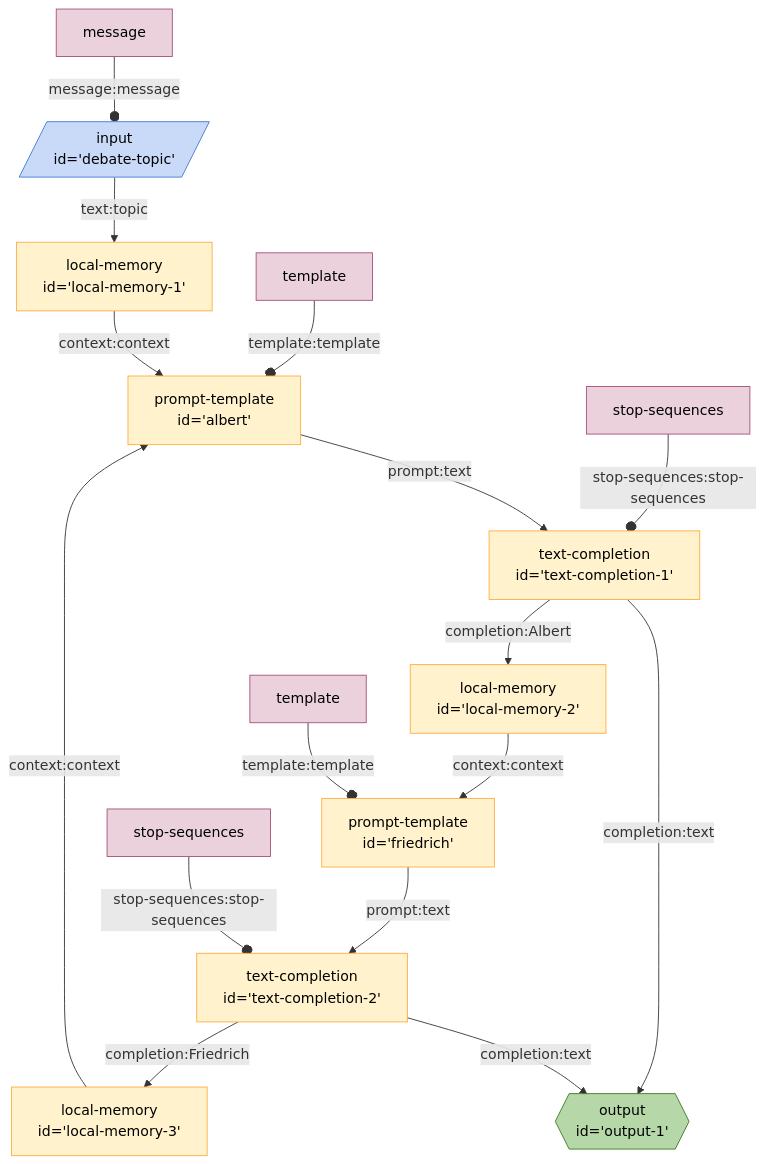
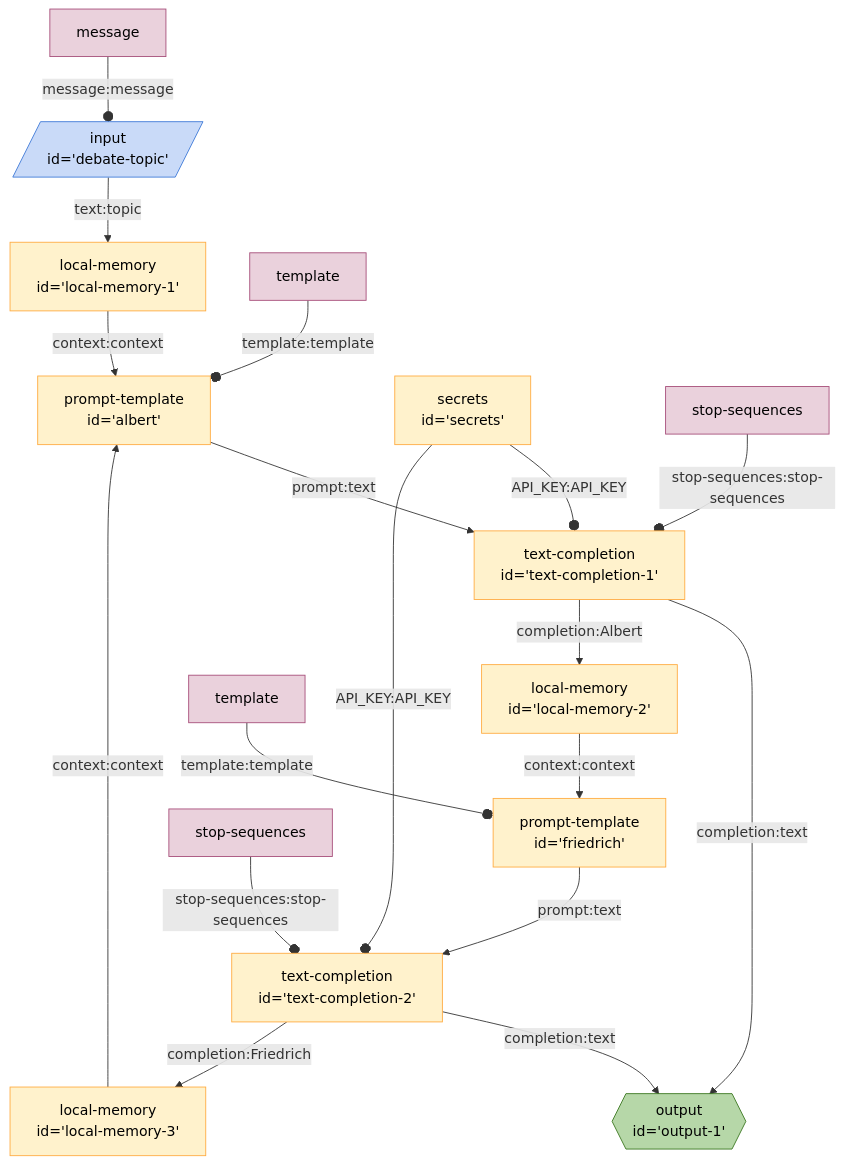
The diagram in seeds/graph-playground/docs/graphs/endless-debate.md (breadboard-ai/breadboard), drawn with Mermaid before and after one commit. The commit also changed 14 other files, not shown here.

Commit message:
[graphs] Update graph diagrams.

````diff
--- a/seeds/graph-playground/docs/graphs/endless-debate.md
+++ b/seeds/graph-playground/docs/graphs/endless-debate.md
@@ -4,46 +4,52 @@
 ```mermaid
 %%{init: 'themeVariables': { 'fontFamily': 'Fira Code, monospace' }}%%
 graph TD;
 debatetopic[/"input
 id='debate-topic'"/]:::input -- text:topic --> localmemory1["local-memory
 id='local-memory-1'"]
 localmemory1["local-memory
 id='local-memory-1'"] -- context:context --> albert["prompt-template
 id='albert'"]
 albert["prompt-template
 id='albert'"] -- prompt:text --> textcompletion1["text-completion
 id='text-completion-1'"]
+secrets["secrets
+id='secrets'"] -- API_KEY:API_KEY --o textcompletion1["text-completion
+id='text-completion-1'"]
 textcompletion1["text-completion
 id='text-completion-1'"] -- completion:text --> output1{{"output
 id='output-1'"}}:::output
 textcompletion1["text-completion
 id='text-completion-1'"] -- completion:Albert --> localmemory2["local-memory
 id='local-memory-2'"]
 localmemory2["local-memory
 id='local-memory-2'"] -- context:context --> friedrich["prompt-template
 id='friedrich'"]
 friedrich["prompt-template
 id='friedrich'"] -- prompt:text --> textcompletion2["text-completion
+id='text-completion-2'"]
+secrets["secrets
+id='secrets'"] -- API_KEY:API_KEY --o textcompletion2["text-completion
 id='text-completion-2'"]
 textcompletion2["text-completion
 id='text-completion-2'"] -- completion:text --> output1{{"output
 id='output-1'"}}:::output
 textcompletion2["text-completion
 id='text-completion-2'"] -- completion:Friedrich --> localmemory3["local-memory
 id='local-memory-3'"]
 localmemory3["local-memory
 id='local-memory-3'"] -- context:context --> albert["prompt-template
 id='albert'"]
 messagedebatetopic[message]:::config -- message:message --o debatetopic
 stopsequencestextcompletion1[stop-sequences]:::config -- stop-sequences:stop-sequences --o textcompletion1
 stopsequencestextcompletion2[stop-sequences]:::config -- stop-sequences:stop-sequences --o textcompletion2
 templatealbert[template]:::config -- template:template --o albert
 templatefriedrich[template]:::config -- template:template --o friedrich
 classDef default stroke:#ffab40,fill:#fff2ccff,color:#000
 classDef input stroke:#3c78d8,fill:#c9daf8ff,color:#000
 classDef output stroke:#38761d,fill:#b6d7a8ff,color:#000
 classDef passthrough stroke:#a64d79,fill:#ead1dcff,color:#000
 classDef slot stroke:#a64d79,fill:#ead1dcff,color:#000
 classDef config stroke:#a64d79,fill:#ead1dcff,color:#000
 classDef slotted stroke:#a64d79
 ```
````
